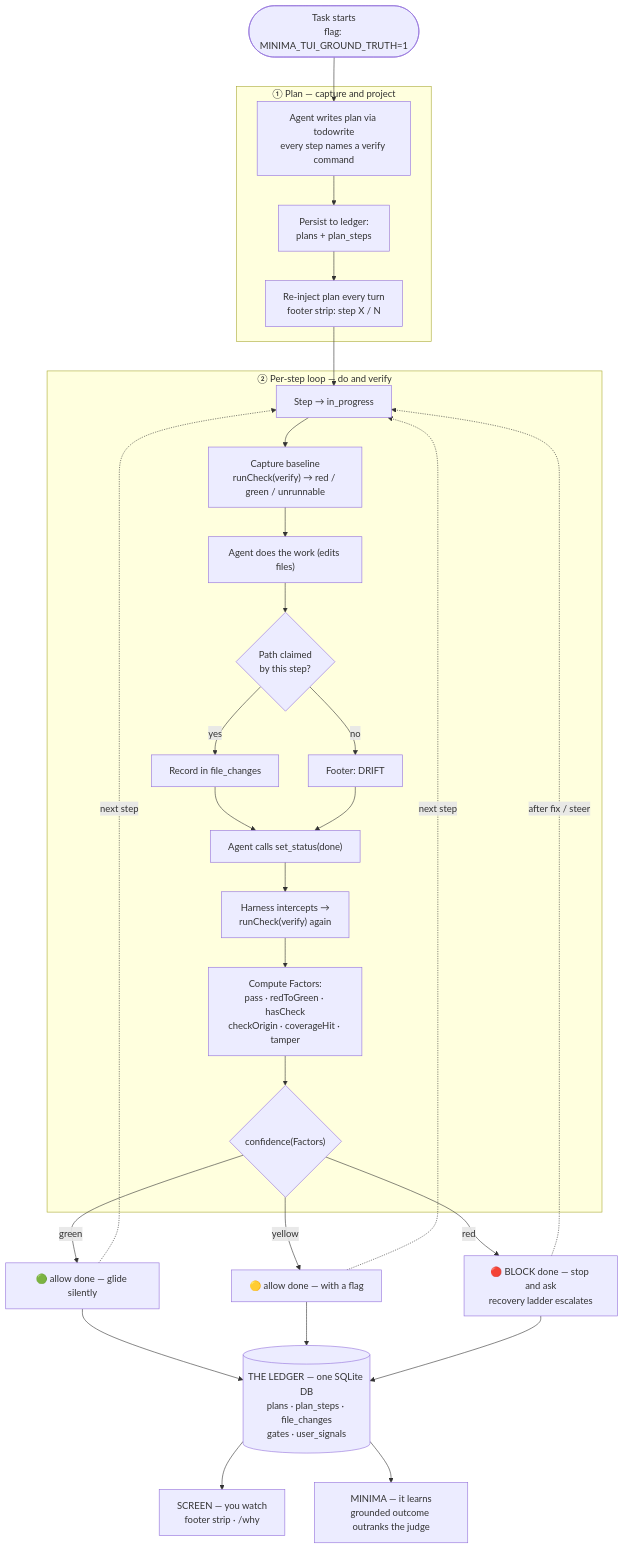
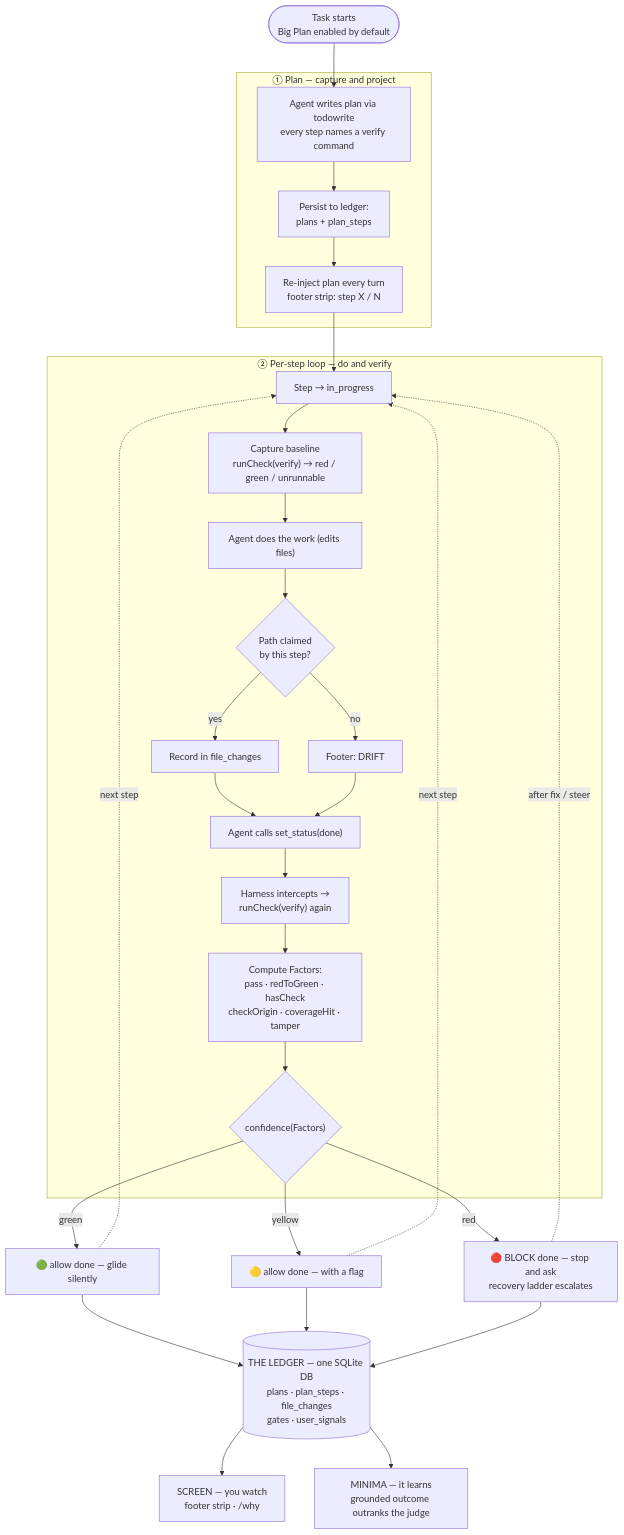
The first of 2 diagrams in docs/BigPlan/workflow-diagrams.md (mubit-ai/minima), drawn with Mermaid before and after one commit. The commit also changed other lines of this file and 100 other files, not shown here.

Commit message:
refactor(tui): rename ground truth to big plan

````diff
--- a/docs/BigPlan/workflow-diagrams.md
+++ b/docs/BigPlan/workflow-diagrams.md
@@ -41,52 +41,52 @@
 ```mermaid
 flowchart TD
-    Start(["Task starts<br/>flag: MINIMA_TUI_GROUND_TRUTH=1"])
+    Start(["Task starts<br/>Big Plan enabled by default"])
 
     subgraph P1["① Plan — capture and project"]
         Plan["Agent writes plan via todowrite<br/>every step names a verify command"]
         Persist["Persist to ledger:<br/>plans + plan_steps"]
         Project["Re-inject plan every turn<br/>footer strip: step X / N"]
         Plan --> Persist --> Project
     end
 
     subgraph P2["② Per-step loop — do and verify"]
         InProg["Step → in_progress"]
         Base["Capture baseline<br/>runCheck(verify) → red / green / unrunnable"]
         Work["Agent does the work (edits files)"]
         Claim{"Path claimed<br/>by this step?"}
         Rec["Record in file_changes"]
         Drift["Footer: DRIFT"]
         Done["Agent calls set_status(done)"]
         Gate["Harness intercepts →<br/>runCheck(verify) again"]
         Fac["Compute Factors:<br/>pass · redToGreen · hasCheck<br/>checkOrigin · coverageHit · tamper"]
         Conf{"confidence(Factors)"}
         InProg --> Base --> Work --> Claim
         Claim -->|yes| Rec
         Claim -->|no| Drift
         Rec --> Done
         Drift --> Done
         Done --> Gate --> Fac --> Conf
     end
 
     Green["🟢 allow done — glide silently"]
     Yellow["🟡 allow done — with a flag"]
     Red["🔴 BLOCK done — stop and ask<br/>recovery ladder escalates"]
 
     Ledger[("THE LEDGER — one SQLite DB<br/>plans · plan_steps · file_changes<br/>gates · user_signals")]
     Screen["SCREEN — you watch<br/>footer strip · /why"]
     Minima["MINIMA — it learns<br/>grounded outcome outranks the judge"]
 
     Start --> Plan
     Project --> InProg
     Conf -->|green| Green
     Conf -->|yellow| Yellow
     Conf -->|red| Red
     Green --> Ledger
     Yellow --> Ledger
     Red --> Ledger
     Ledger --> Screen
     Ledger --> Minima
     Green -.->|next step| InProg
     Yellow -.->|next step| InProg
     Red -.->|after fix / steer| InProg
 ```
````
